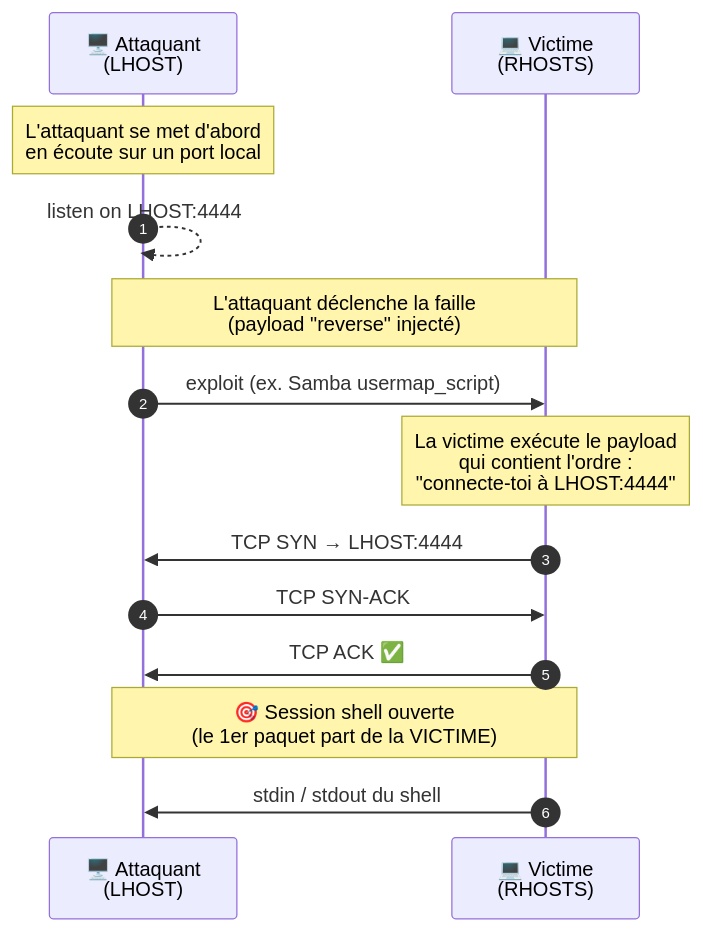
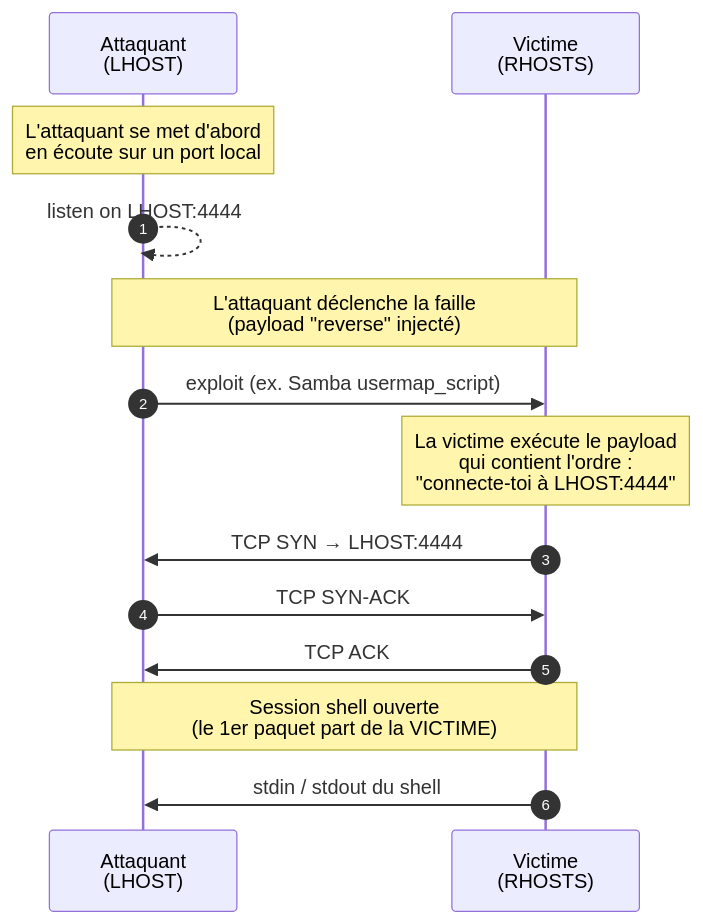
One commit to EPHEC-TECH/intro-cybersecurite-pratique changed the second of 2 diagrams in _seances/10-exploitation.md. Above: the diagram before and after it, drawn with Mermaid. The commit also changed other lines of this file, not shown here.

````diff
--- a/_seances/10-exploitation.md
+++ b/_seances/10-exploitation.md
@@ -177,20 +177,20 @@
 ```mermaid
 sequenceDiagram
     autonumber
-    participant A as 🖥️ Attaquant<br/>(LHOST)
-    participant V as 💻 Victime<br/>(RHOSTS)
+    participant A as Attaquant<br/>(LHOST)
+    participant V as Victime<br/>(RHOSTS)
 
     Note over A: L'attaquant se met d'abord<br/>en écoute sur un port local
     A-->>A: listen on LHOST:4444
 
     Note over A,V: L'attaquant déclenche la faille<br/>(payload "reverse" injecté)
     A->>V: exploit (ex. Samba usermap_script)
 
     Note over V: La victime exécute le payload<br/>qui contient l'ordre :<br/>"connecte-toi à LHOST:4444"
     V->>A: TCP SYN → LHOST:4444
     A->>V: TCP SYN-ACK
-    V->>A: TCP ACK ✅
+    V->>A: TCP ACK
 
-    Note over A,V: 🎯 Session shell ouverte<br/>(le 1er paquet part de la VICTIME)
+    Note over A,V: Session shell ouverte<br/>(le 1er paquet part de la VICTIME)
     V->>A: stdin / stdout du shell
 ```
````
